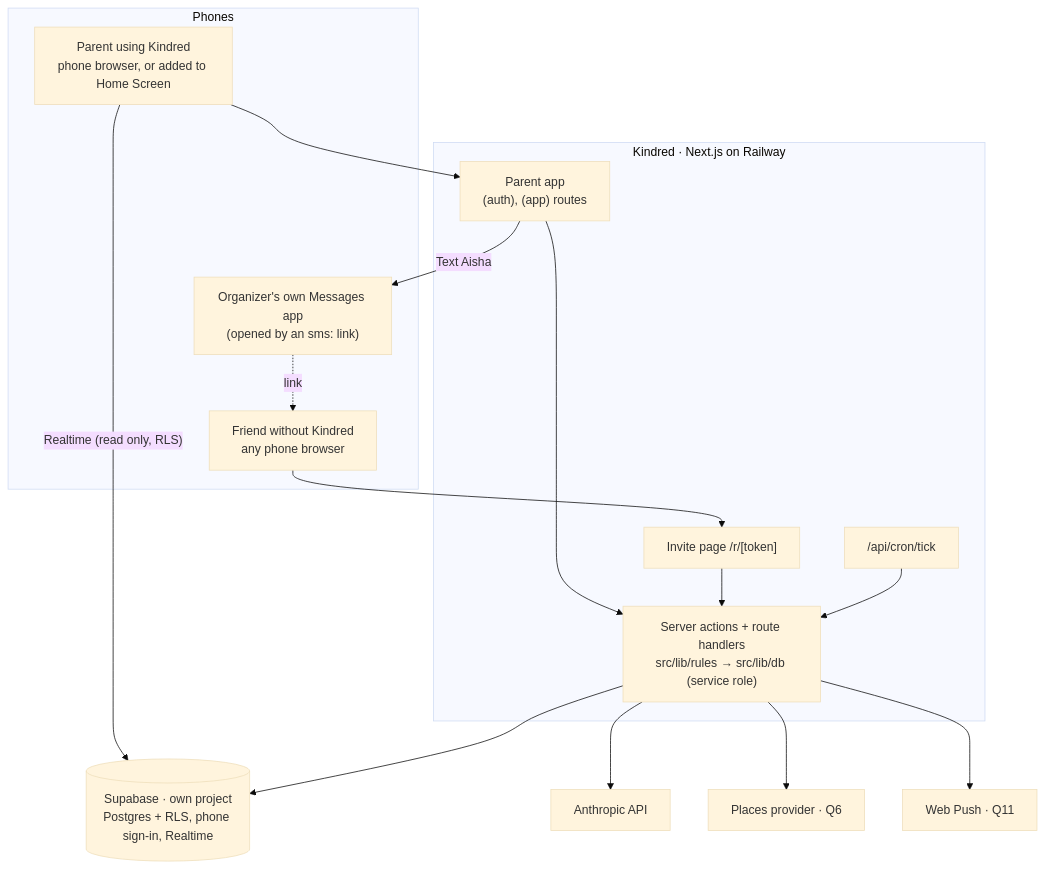
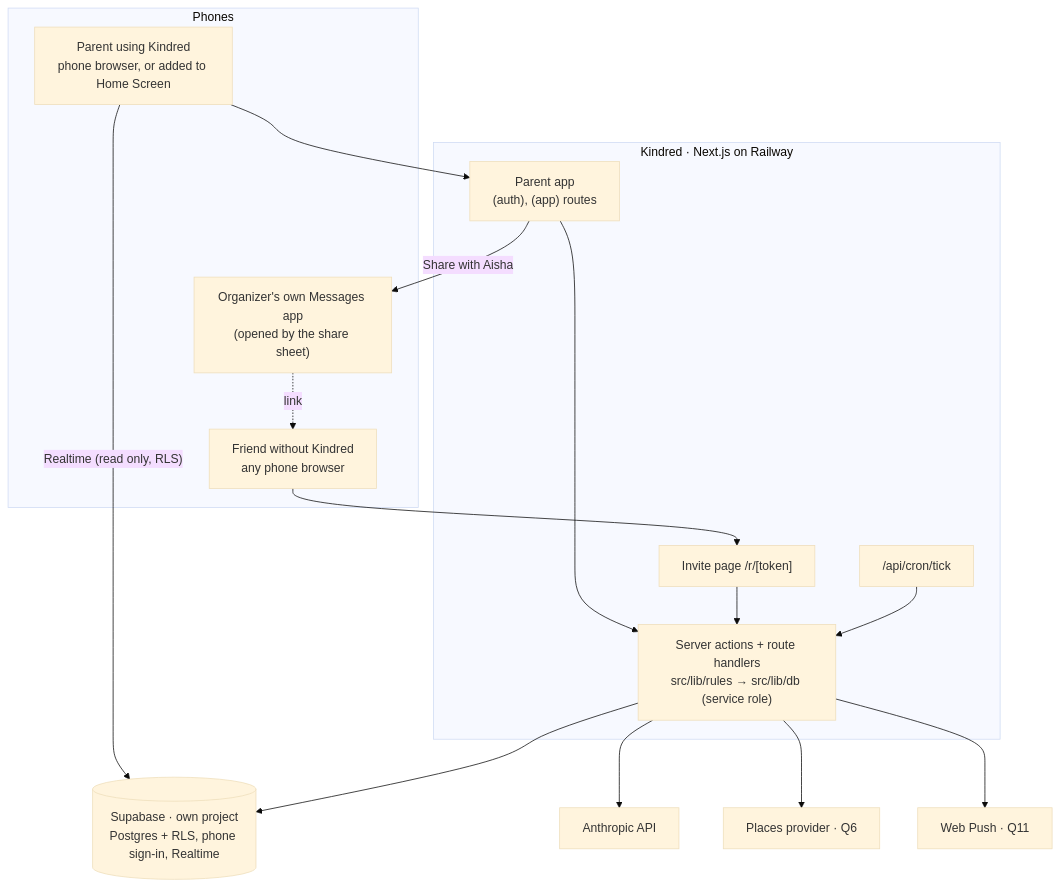
The diagram in docs/DESIGN.md (MZauron/playdate), drawn with Mermaid (base theme) before and after one commit. The commit also changed other lines of this file and 48 other files, not shown here.

Commit message:
Share invites from the phone's share sheet and stop storing friends' numbers (T33, Q26)

````diff
--- a/docs/DESIGN.md
+++ b/docs/DESIGN.md
@@ -24,24 +24,24 @@
 ```mermaid
 flowchart TB
   subgraph Phones
     PAR["Parent using Kindred<br/>phone browser, or added to Home Screen"]
-    MSG["Organizer's own Messages app<br/>(opened by an sms: link)"]
+    MSG["Organizer's own Messages app<br/>(opened by the share sheet)"]
     FR["Friend without Kindred<br/>any phone browser"]
   end
   subgraph Railway["Kindred · Next.js on Railway"]
     APP["Parent app<br/>(auth), (app) routes"]
     PAGE["Invite page /r/[token]"]
     SRV["Server actions + route handlers<br/>src/lib/rules → src/lib/db (service role)"]
     CRON["/api/cron/tick"]
   end
   DB[(Supabase · own project<br/>Postgres + RLS, phone sign-in, Realtime)]
   AI[Anthropic API]
   PL[Places provider · Q6]
   PUSH[Web Push · Q11]
   PAR --> APP --> SRV
   PAR -- "Realtime (read only, RLS)" --> DB
-  APP -- "Text Aisha" --> MSG
+  APP -- "Share with Aisha" --> MSG
   MSG -. "link" .-> FR --> PAGE --> SRV
   SRV --> DB & AI & PL & PUSH
   CRON --> SRV
 ```
````
